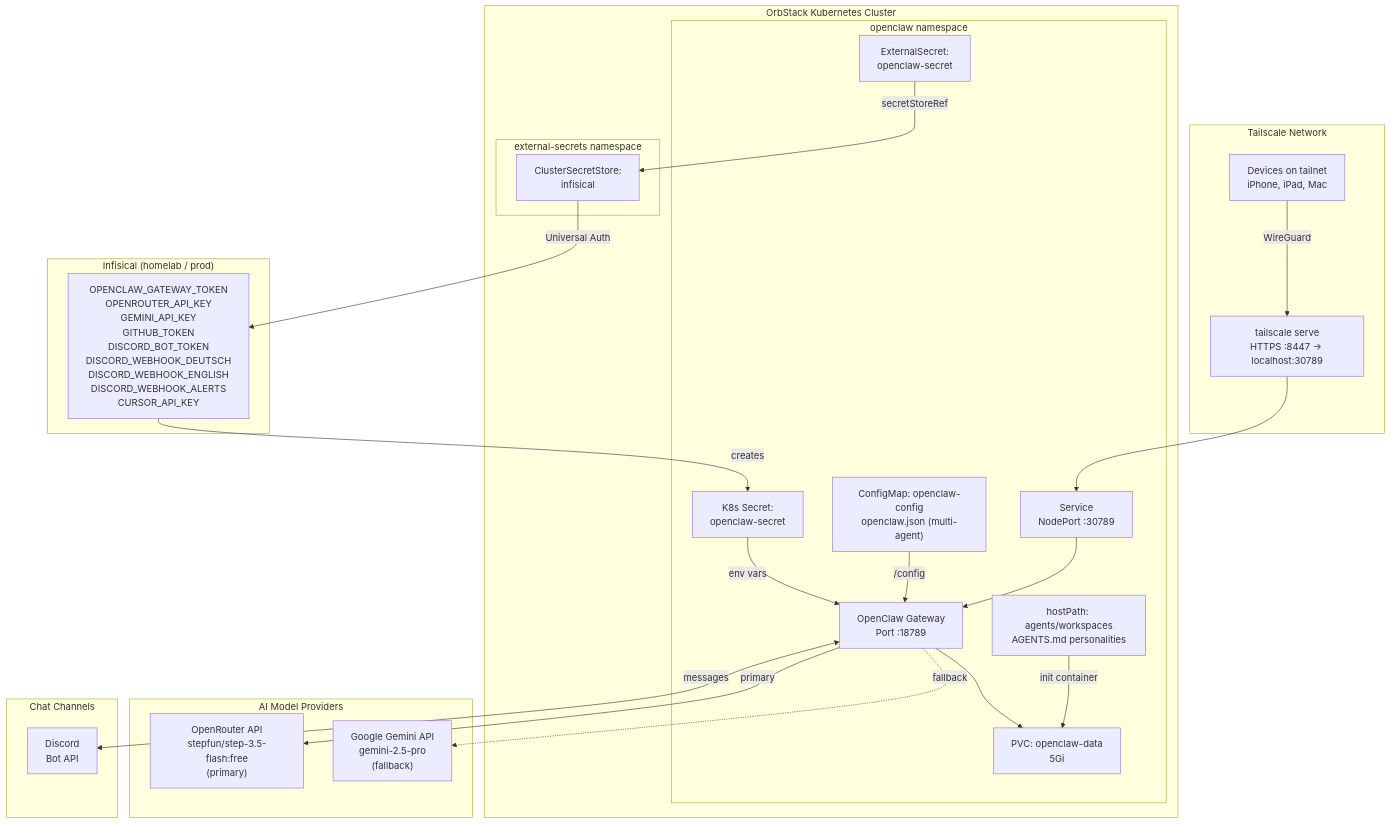
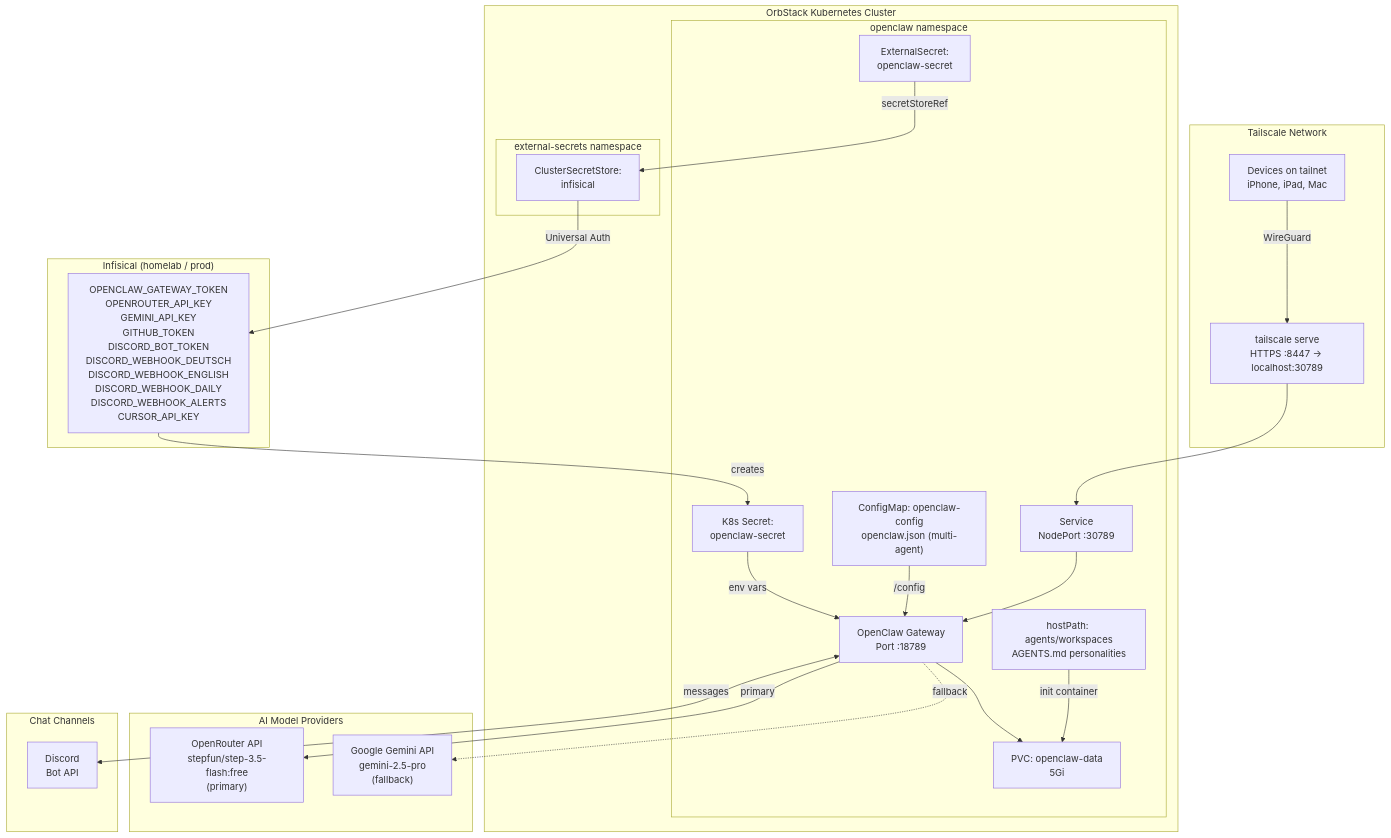
The first of 7 diagrams in k8s/apps/openclaw/README.md (haingth77/homelab), drawn with Mermaid before and after one commit. The commit also changed other lines of this file and 1 other file, not shown here.

````diff
--- a/k8s/apps/openclaw/README.md
+++ b/k8s/apps/openclaw/README.md
@@ -7,50 +7,50 @@
 ```mermaid
 flowchart TD
     subgraph tailnet["Tailscale Network"]
         Clients["Devices on tailnet\niPhone, iPad, Mac"]
         TServe["tailscale serve\nHTTPS :8447 → localhost:30789"]
     end
 
     subgraph orb["OrbStack Kubernetes Cluster"]
         subgraph openclawNs["openclaw namespace"]
             Svc["Service\nNodePort :30789"]
             Deploy["OpenClaw Gateway\nPort :18789"]
             CM["ConfigMap: openclaw-config\nopenclaw.json (multi-agent)"]
             WSHP["hostPath: agents/workspaces\nAGENTS.md personalities"]
             PVC["PVC: openclaw-data\n5Gi"]
             ES["ExternalSecret:\nopenclaw-secret"]
             K8sSecret["K8s Secret:\nopenclaw-secret"]
         end
 
         subgraph esoNs["external-secrets namespace"]
             CSS["ClusterSecretStore:\ninfisical"]
         end
     end
 
     subgraph infisical["Infisical (homelab / prod)"]
-        InfisicalSecrets["OPENCLAW_GATEWAY_TOKEN\nOPENROUTER_API_KEY\nGEMINI_API_KEY\nGITHUB_TOKEN\nDISCORD_BOT_TOKEN\nDISCORD_WEBHOOK_DEUTSCH\nDISCORD_WEBHOOK_ENGLISH\nDISCORD_WEBHOOK_ALERTS\nCURSOR_API_KEY"]
+        InfisicalSecrets["OPENCLAW_GATEWAY_TOKEN\nOPENROUTER_API_KEY\nGEMINI_API_KEY\nGITHUB_TOKEN\nDISCORD_BOT_TOKEN\nDISCORD_WEBHOOK_DEUTSCH\nDISCORD_WEBHOOK_ENGLISH\nDISCORD_WEBHOOK_DAILY\nDISCORD_WEBHOOK_ALERTS\nCURSOR_API_KEY"]
     end
 
     subgraph providers["AI Model Providers"]
         OpenRouter["OpenRouter API\nstepfun/step-3.5-flash:free\n(primary)"]
         Gemini["Google Gemini API\ngemini-2.5-pro\n(fallback)"]
     end
 
     subgraph chatChannels["Chat Channels"]
         Discord["Discord\nBot API"]
     end
 
     Clients -- "WireGuard" --> TServe
     TServe --> Svc
     Svc --> Deploy
     CM -- "/config" --> Deploy
             WSHP -- "init container" --> PVC
     Deploy --> PVC
     ES -- "secretStoreRef" --> CSS
     CSS -- "Universal Auth" --> InfisicalSecrets
     InfisicalSecrets -- "creates" --> K8sSecret
     K8sSecret -- "env vars" --> Deploy
     Deploy -- "primary" --> OpenRouter
     Deploy -. "fallback" .-> Gemini
     Deploy <-- "messages" --> Discord
 ```
````
